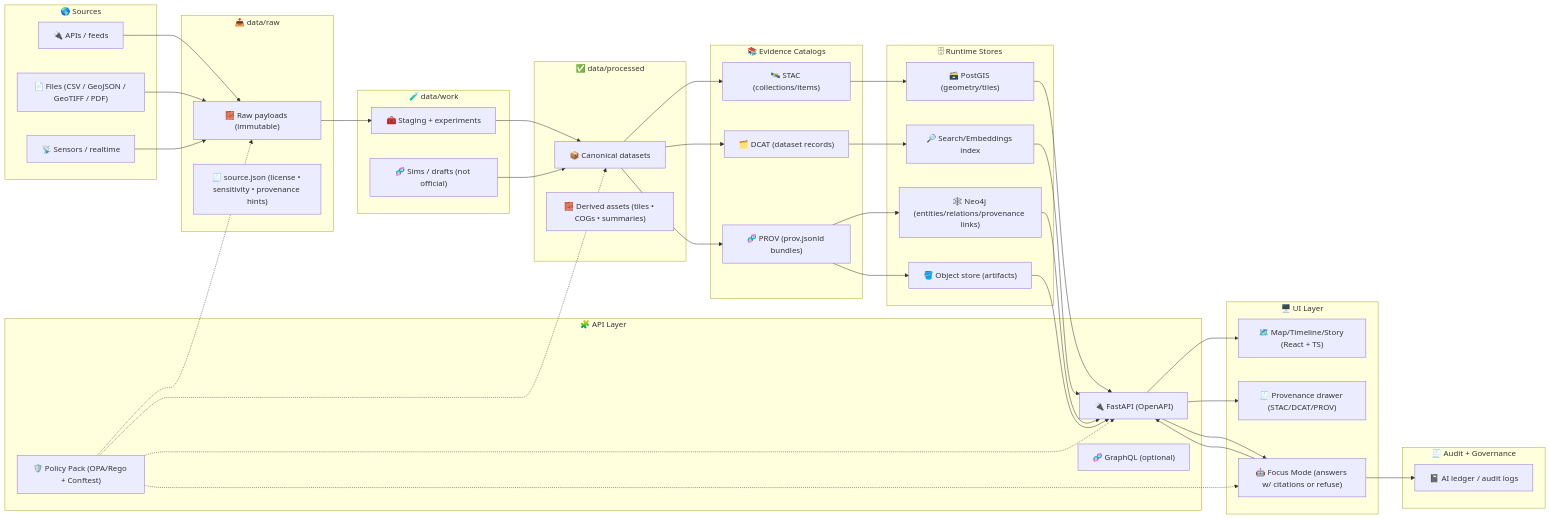
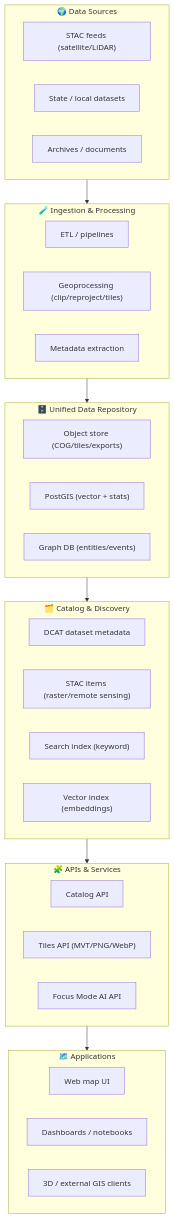
One commit to bartytime4life/Kansas-Frontier-Matrix changed the first of 3 diagrams in docs/architecture/diagrams/README.md. Above: the diagram before and after it, drawn with Mermaid. The commit also changed other lines of this file, not shown here.

````diff
--- a/docs/architecture/diagrams/README.md
+++ b/docs/architecture/diagrams/README.md
@@ -150,106 +119,41 @@
 ```mermaid
-flowchart LR
-  %% -------------------------
-  %% 🌎 Sources
-  %% -------------------------
-  subgraph S["🌎 Sources"]
-    S1["🔌 APIs / feeds"]
-    S2["📄 Files (CSV / GeoJSON / GeoTIFF / PDF)"]
-    S3["📡 Sensors / realtime"]
+flowchart TB
+  subgraph Sources["🌍 Data Sources"]
+    S1["STAC feeds (satellite/LiDAR)"]
+    S2["State / local datasets"]
+    S3["Archives / documents"]
   end
 
-  %% -------------------------
-  %% 📥 Raw / Work / Processed
-  %% -------------------------
-  subgraph R["📥 data/raw"]
-    R1["🧱 Raw payloads (immutable)"]
-    R2["🧾 source.json (license • sensitivity • provenance hints)"]
+  subgraph Ingest["🧪 Ingestion & Processing"]
+    P1["ETL / pipelines"]
+    P2["Geoprocessing (clip/reproject/tiles)"]
+    P3["Metadata extraction"]
   end
 
-  subgraph W["🧪 data/work"]
-    W1["🧰 Staging + experiments"]
-    W2["🧬 Sims / drafts (not official)"]
+  subgraph Storage["🗄️ Unified Data Repository"]
+    D1["Object store (COG/tiles/exports)"]
+    D2["PostGIS (vector + stats)"]
+    D3["Graph DB (entities/events)"]
   end
 
-  subgraph P["✅ data/processed"]
-    P1["📦 Canonical datasets"]
-    P2["🧱 Derived assets (tiles • COGs • summaries)"]
+  subgraph Catalog["🗂️ Catalog & Discovery"]
+    C1["DCAT dataset metadata"]
+    C2["STAC items (raster/remote sensing)"]
+    C3["Search index (keyword)"]
+    C4["Vector index (embeddings)"]
   end
 
-  %% -------------------------
-  %% 📚 Evidence Catalogs
-  %% -------------------------
-  subgraph C["📚 Evidence Catalogs"]
-    C1["🛰️ STAC (collections/items)"]
-    C2["🗂️ DCAT (dataset records)"]
-    C3["🧬 PROV (prov.jsonld bundles)"]
+  subgraph Services["🧩 APIs & Services"]
+    A1["Catalog API"]
+    A2["Tiles API (MVT/PNG/WebP)"]
+    A3["Focus Mode AI API"]
   end
 
-  %% -------------------------
-  %% 🗄 Runtime stores
-  %% -------------------------
-  subgraph D["🗄 Runtime Stores"]
-    D1["🗃️ PostGIS (geometry/tiles)"]
-    D2["🕸️ Neo4j (entities/relations/provenance links)"]
-    D3["🔎 Search/Embeddings index"]
-    D4["🪣 Object store (artifacts)"]
+  subgraph Apps["🗺️ Applications"]
+    U1["Web map UI"]
+    U2["Dashboards / notebooks"]
+    U3["3D / external GIS clients"]
   end
 
-  %% -------------------------
-  %% 🧩 API + 🖥 UI
-  %% -------------------------
-  subgraph A["🧩 API Layer"]
-    A1["🔌 FastAPI (OpenAPI)"]
-    A2["🧬 GraphQL (optional)"]
-    A3["🛡️ Policy Pack (OPA/Rego + Conftest)"]
-  end
-
-  subgraph U["🖥️ UI Layer"]
-    U1["🗺️ Map/Timeline/Story (React + TS)"]
-    U2["🤖 Focus Mode (answers w/ citations or refuse)"]
-    U3["🧾 Provenance drawer (STAC/DCAT/PROV)"]
-  end
-
-  subgraph G["🧾 Audit + Governance"]
-    G1["📓 AI ledger / audit logs"]
-  end
-
-  %% -------------------------
-  %% Flows
-  %% -------------------------
-  S1 --> R1
-  S2 --> R1
-  S3 --> R1
-
-  R1 --> W1
-  W1 --> P1
-  W2 --> P1
-
-  P1 --> C1
-  P1 --> C2
-  P1 --> C3
-
-  C1 --> D1
-  C2 --> D3
-  C3 --> D2
-  C3 --> D4
-
-  D1 --> A1
-  D2 --> A1
-  D3 --> A1
-  D4 --> A1
-
-  A1 --> U1
-  A1 --> U3
-
-  %% Focus Mode uses API + stores, but must pass policy & log
-  U2 --> A1
-  A1 --> U2
-  U2 --> G1
-
-  %% Governance hooks (fail-closed)
-  A3 -.-> R1
-  A3 -.-> P1
-  A3 -.-> A1
-  A3 -.-> U2
+  Sources --> Ingest --> Storage --> Catalog --> Services --> Apps
 ```
````
